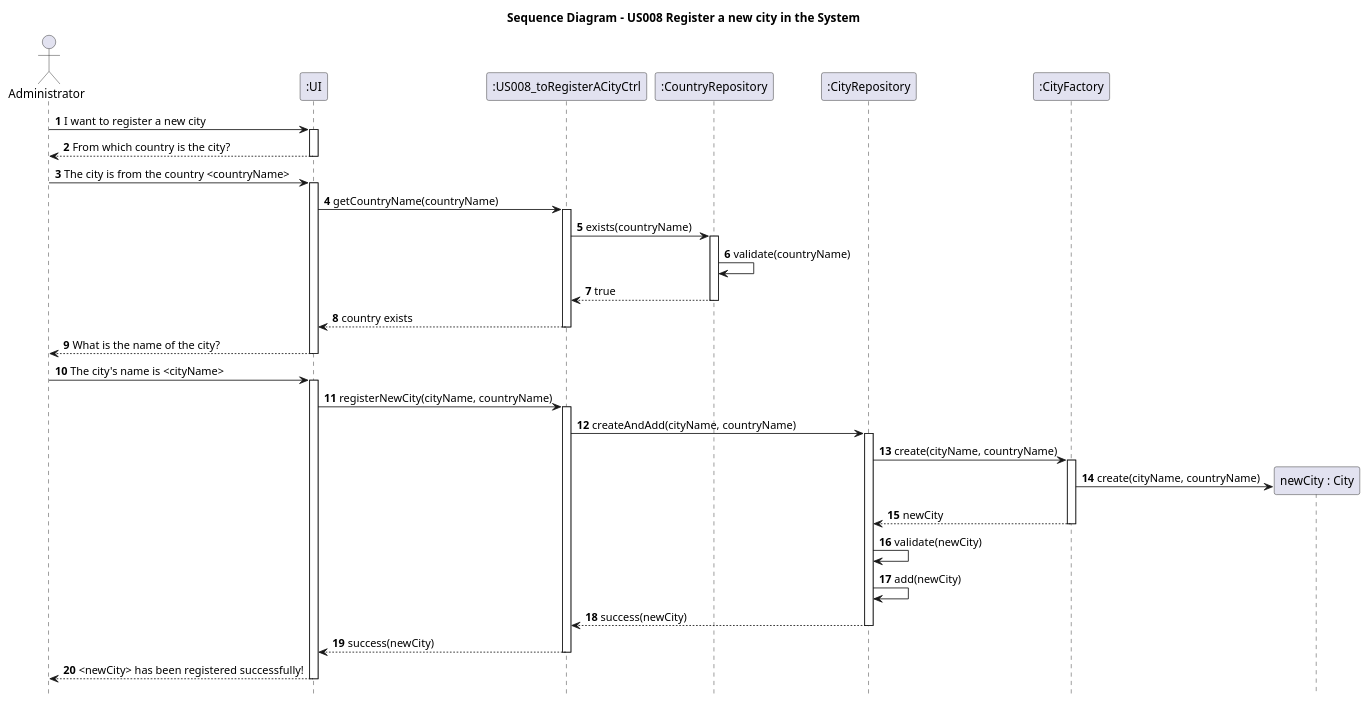
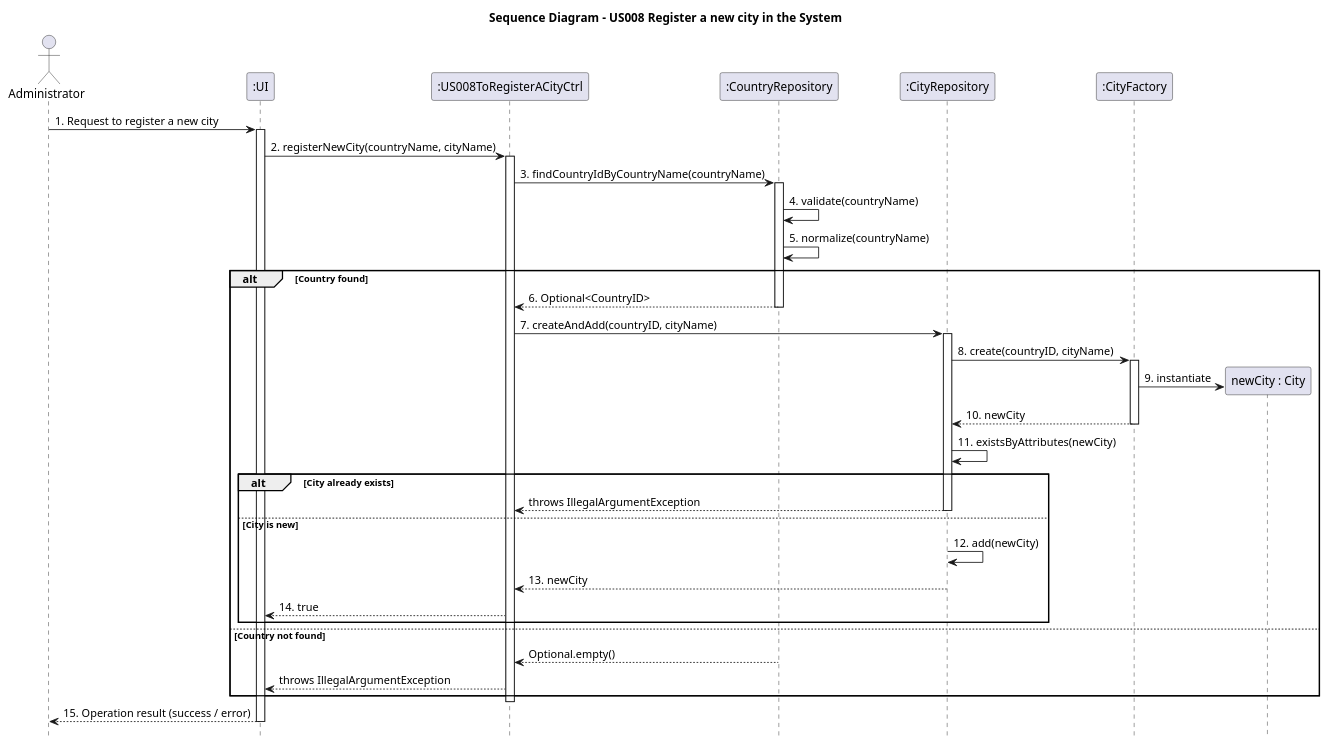
Before and after one commit to AndrePereiraGitH/SWitCH-Project-Team_A: the diagram in Diagrams/SequenceDiagrams/N2/US008-to-register-new-city-in-the-system.puml, drawn with PlantUML. The commit also changed 2 other files, not shown here.

```diff
--- a/Diagrams/SequenceDiagrams/N2/US008-to-register-new-city-in-the-system.puml
+++ b/Diagrams/SequenceDiagrams/N2/US008-to-register-new-city-in-the-system.puml
@@ -1,67 +1,67 @@
 @startuml
 
 footbox off
 title Sequence Diagram - US008 Register a new city in the System
 
 actor Administrator
 participant ":UI" as UI
-participant ":US008_toRegisterACityCtrl" as CityController
+participant ":US008ToRegisterACityCtrl" as CityController
 participant ":CountryRepository" as CountryRepository
 participant ":CityRepository" as CityRepository
 participant ":CityFactory" as CityFactory
 
-Administrator -> UI : **1** I want to register a new city
+Administrator -> UI : 1. Request to register a new city
 activate UI
 
-UI --> Administrator : **2** From which country is the city?
-deactivate UI
-
-Administrator -> UI : **3** The city is from the country <countryName>
-activate UI
-
-UI -> CityController : **4** getCountryName(countryName)
+UI -> CityController : 2. registerNewCity(countryName, cityName)
 activate CityController
 
-CityController -> CountryRepository : **5** exists(countryName)
+CityController -> CountryRepository : 3. findCountryIdByCountryName(countryName)
 activate CountryRepository
-CountryRepository -> CountryRepository : **6** validate(countryName)
-CountryRepository --> CityController : **7** true
-deactivate CountryRepository
 
-CityController --> UI : **8** country exists
+CountryRepository -> CountryRepository : 4. validate(countryName)
+CountryRepository -> CountryRepository : 5. normalize(countryName)
+
+alt Country found
+    CountryRepository --> CityController : 6. Optional<CountryID>
+
+    deactivate CountryRepository
+
+    CityController -> CityRepository : 7. createAndAdd(countryID, cityName)
+    activate CityRepository
+
+    CityRepository -> CityFactory : 8. create(countryID, cityName)
+    activate CityFactory
+
+    create "newCity : City" as City
+    CityFactory -> City : 9. instantiate
+
+    CityFactory --> CityRepository : 10. newCity
+    deactivate CityFactory
+
+    CityRepository -> CityRepository : 11. existsByAttributes(newCity)
+
+    alt City already exists
+        CityRepository --> CityController : throws IllegalArgumentException
+        deactivate CityRepository
+    else City is new
+        CityRepository -> CityRepository : 12. add(newCity)
+        CityRepository --> CityController : 13. newCity
+        deactivate CityRepository
+
+        CityController --> UI : 14. true
+    end
+
+else Country not found
+    CountryRepository --> CityController : Optional.empty()
+    deactivate CountryRepository
+
+    CityController --> UI : throws IllegalArgumentException
+end
+
 deactivate CityController
 
-UI --> Administrator : **9** What is the name of the city?
-deactivate UI
-
-Administrator -> UI : **10** The city's name is <cityName>
-activate UI
-
-UI -> CityController : **11** registerNewCity(cityName, countryName)
-activate CityController
-
-CityController -> CityRepository : **12** createAndAdd(cityName, countryName)
-activate CityRepository
-
-CityRepository -> CityFactory : **13** create(cityName, countryName)
-activate CityFactory
-
-create "newCity : City" as City
-CityFactory -> City : **14** create(cityName, countryName)
-
-CityFactory --> CityRepository : **15** newCity
-deactivate CityFactory
-
-CityRepository -> CityRepository : **16** validate(newCity)
-CityRepository -> CityRepository : **17** add(newCity)
-
-CityRepository --> CityController : **18** success(newCity)
-deactivate CityRepository
-
-CityController --> UI : **19** success(newCity)
-deactivate CityController
-
-UI --> Administrator : **20** <newCity> has been registered successfully!
+UI --> Administrator : 15. Operation result (success / error)
 deactivate UI
 
 @enduml
```
